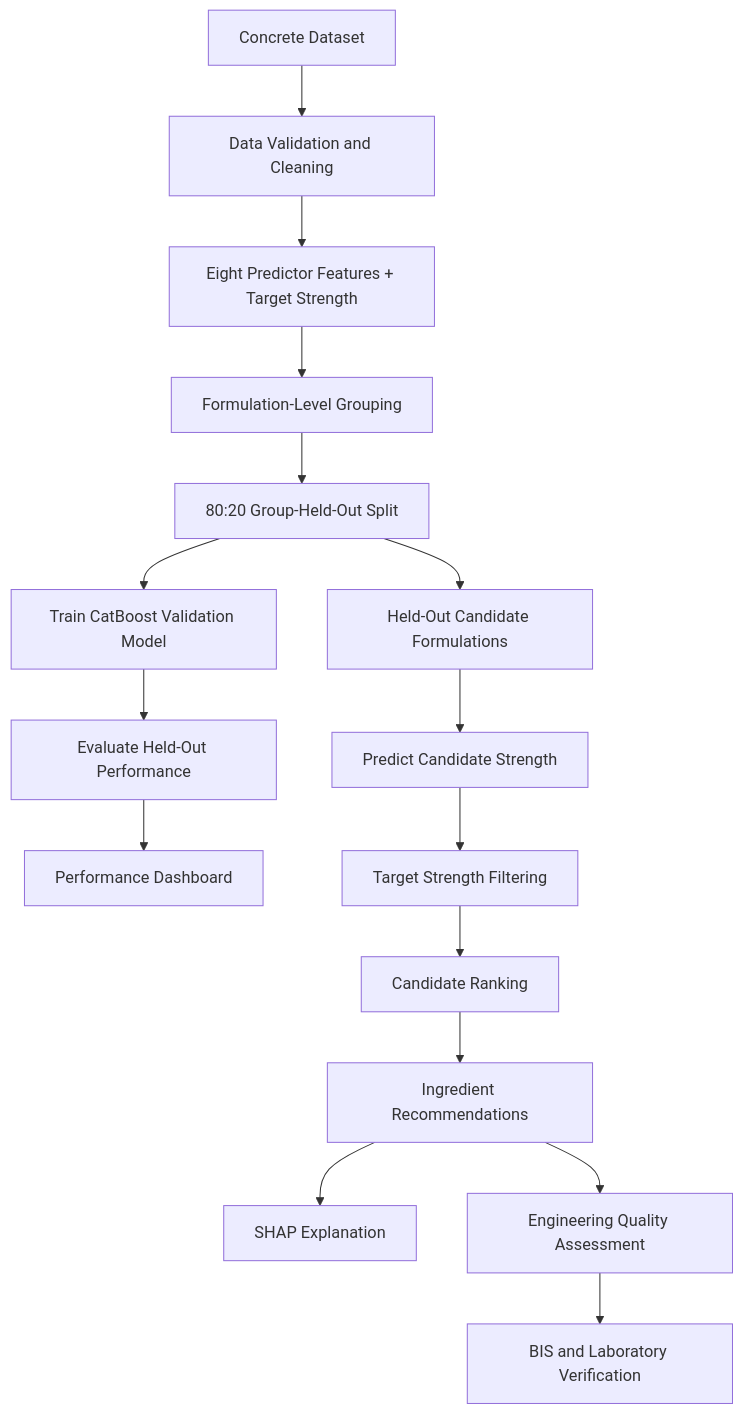
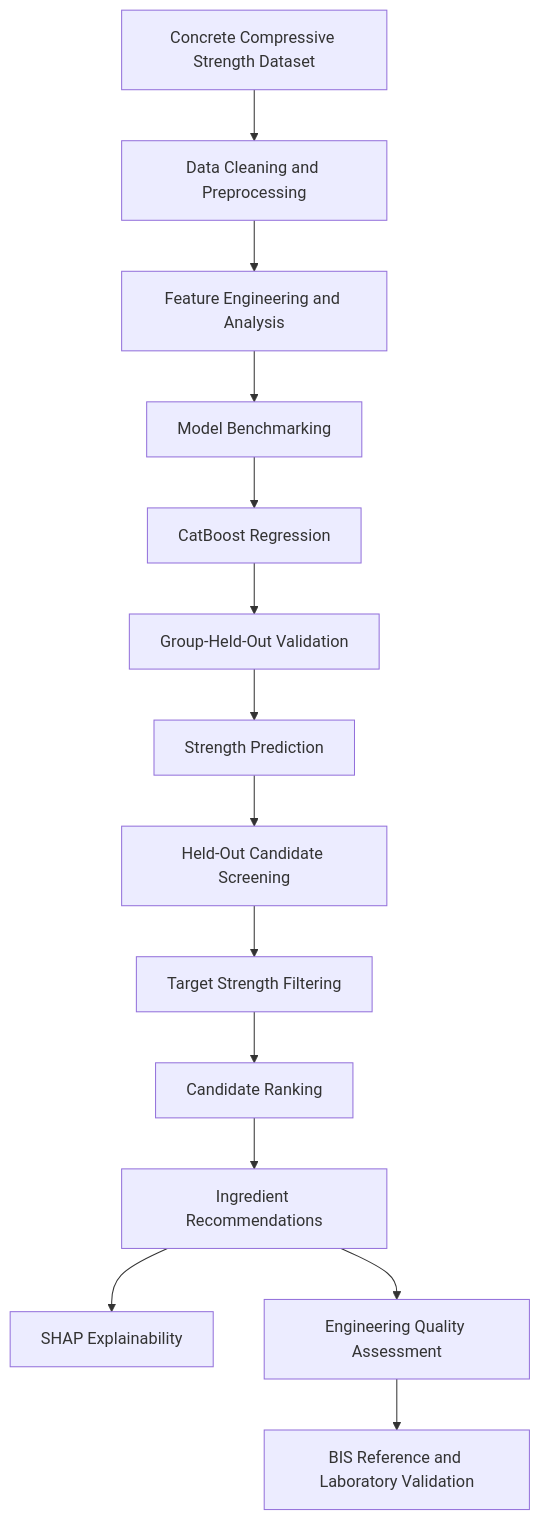
One commit to usman-ahmad-123/BIS-Concrete-Mix-Recommendation-System changed the diagram in README.md. Above: the diagram before and after it, drawn with Mermaid. The commit also changed other lines of this file, not shown here.

````diff
--- a/README.md
+++ b/README.md
@@ -71,18 +49,16 @@
 ```mermaid
 flowchart TD
-    A["Concrete Dataset"] --> B["Data Validation and Cleaning"]
-    B --> C["Eight Predictor Features + Target Strength"]
-    C --> D["Formulation-Level Grouping"]
-    D --> E["80:20 Group-Held-Out Split"]
-    E --> F["Train CatBoost Validation Model"]
-    F --> G["Evaluate Held-Out Performance"]
-    E --> H["Held-Out Candidate Formulations"]
-    H --> I["Predict Candidate Strength"]
-    G --> J["Performance Dashboard"]
-    I --> K["Target Strength Filtering"]
-    K --> L["Candidate Ranking"]
-    L --> M["Ingredient Recommendations"]
-    M --> N["SHAP Explanation"]
-    M --> O["Engineering Quality Assessment"]
-    O --> P["BIS and Laboratory Verification"]
+    A[Concrete Compressive Strength Dataset] --> B[Data Cleaning and Preprocessing]
+    B --> C[Feature Engineering and Analysis]
+    C --> D[Model Benchmarking]
+    D --> E[CatBoost Regression]
+    E --> F[Group-Held-Out Validation]
+    F --> G[Strength Prediction]
+    G --> H[Held-Out Candidate Screening]
+    H --> I[Target Strength Filtering]
+    I --> J[Candidate Ranking]
+    J --> K[Ingredient Recommendations]
+    K --> L[SHAP Explainability]
+    K --> M[Engineering Quality Assessment]
+    M --> N[BIS Reference and Laboratory Validation]
 ```
````
